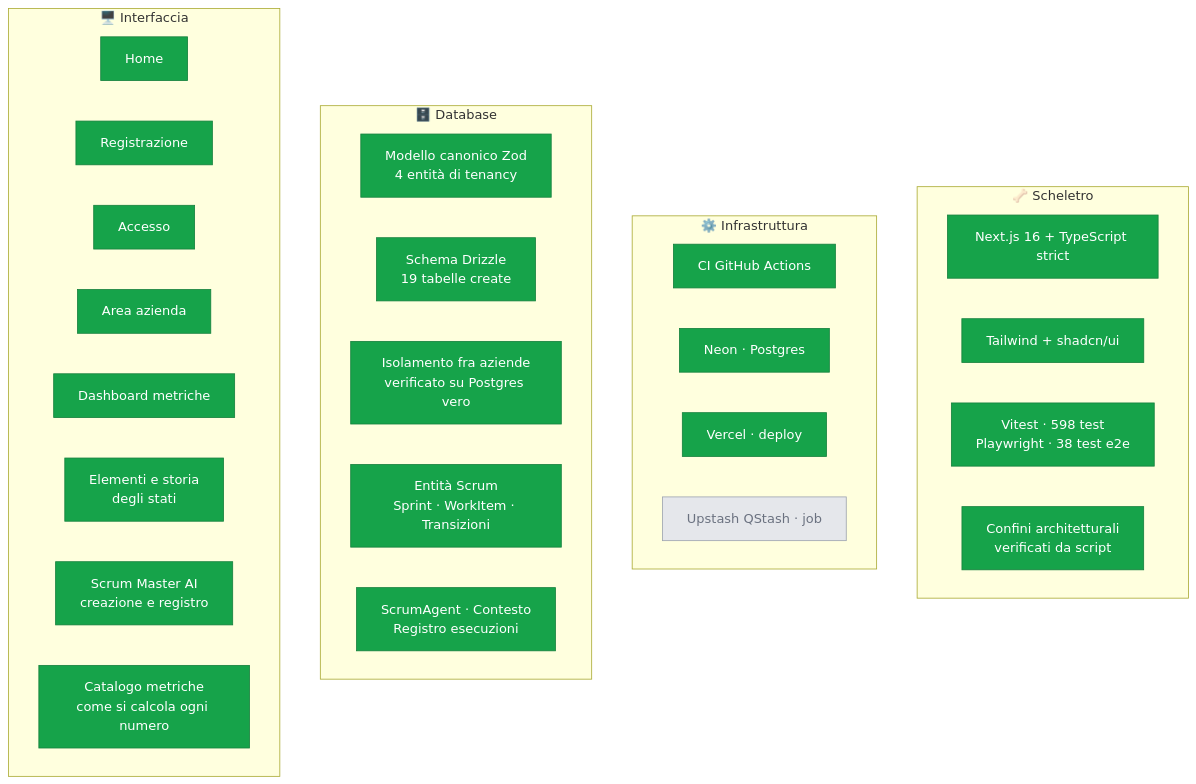
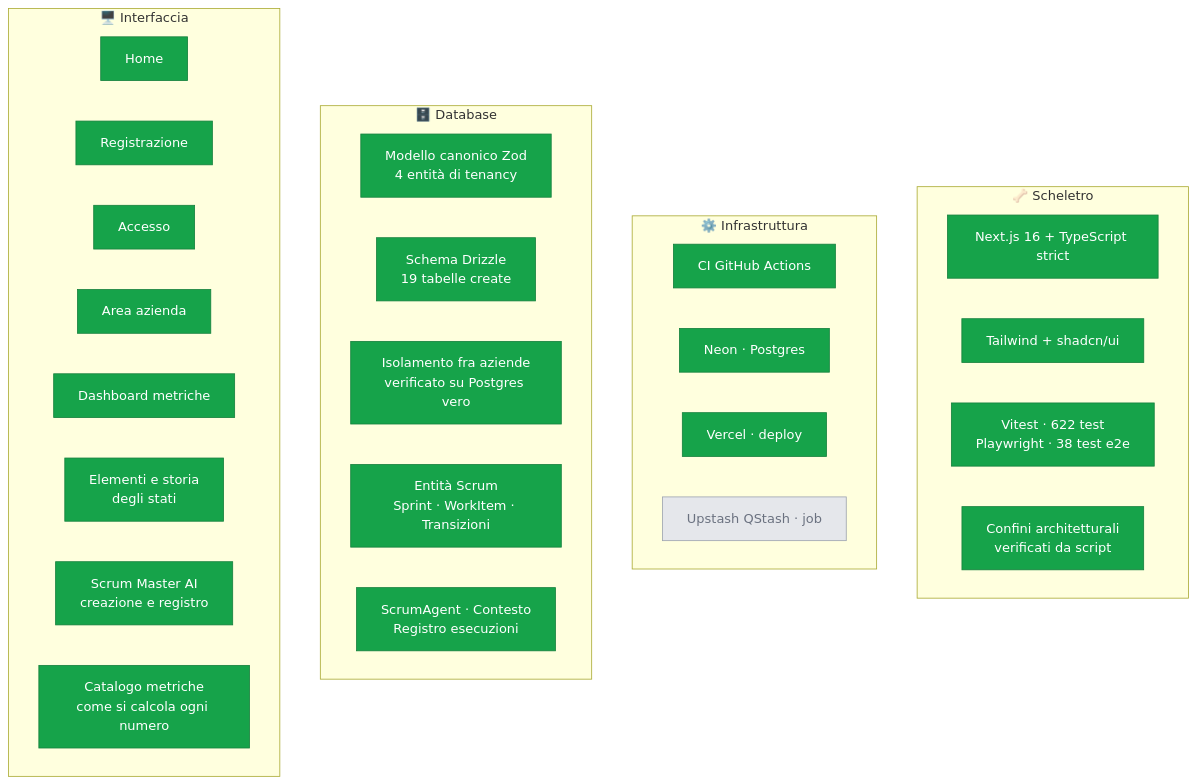
The first of 3 diagrams in docs/stato-progetto.md (dibari62/scrum-master-ai), drawn with Mermaid before and after one commit. The commit also changed other lines of this file and 7 other files, not shown here.

````diff
--- a/docs/stato-progetto.md
+++ b/docs/stato-progetto.md
@@ -13,45 +13,45 @@
 ```mermaid
 graph TB
     subgraph SCH["🦴 Scheletro"]
         S1["Next.js 16 + TypeScript strict"]
         S2["Tailwind + shadcn/ui"]
-        S3["Vitest · 598 test<br/>Playwright · 38 test e2e"]
+        S3["Vitest · 622 test<br/>Playwright · 38 test e2e"]
         S4["Confini architetturali<br/>verificati da script"]
     end
 
     subgraph INF["⚙️ Infrastruttura"]
         I1["CI GitHub Actions"]
         I2["Neon · Postgres"]
         I3["Vercel · deploy"]
         I4["Upstash QStash · job"]
     end
 
     subgraph DB["🗄️ Database"]
         D1["Modello canonico Zod<br/>4 entità di tenancy"]
         D2["Schema Drizzle<br/>19 tabelle create"]
         D3["Isolamento fra aziende<br/>verificato su Postgres vero"]
         D4["Entità Scrum<br/>Sprint · WorkItem · Transizioni"]
         D5["ScrumAgent · Contesto<br/>Registro esecuzioni"]
     end
 
     subgraph UI["🖥️ Interfaccia"]
         U1["Home"]
         U2["Registrazione"]
         U3["Accesso"]
         U4["Area azienda"]
         U5["Dashboard metriche"]
         U7["Elementi e storia<br/>degli stati"]
         U6["Scrum Master AI<br/>creazione e registro"]
         U8["Catalogo metriche<br/>come si calcola ogni numero"]
     end
 
     classDef fatto fill:#16a34a,stroke:#15803d,color:#fff
     classDef corso fill:#eab308,stroke:#ca8a04,color:#000
     classDef todo fill:#e5e7eb,stroke:#9ca3af,color:#6b7280
 
     class S1,S2,S3,S4 fatto
     class I1,I2,I3 fatto
     class I4 todo
     class D1,D2,D3,D4,D5 fatto
     class U1,U2,U3,U4,U5,U6,U7,U8 fatto
 ```
````
